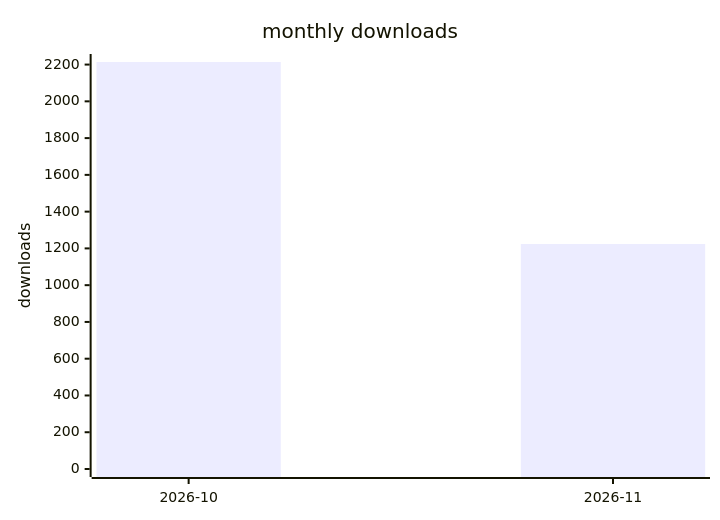
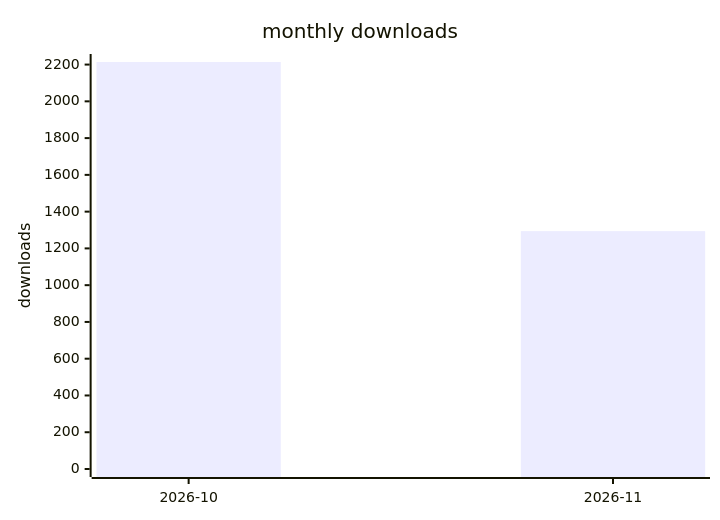
One commit to terry2010/dsh-rss-news-daily changed the second of 2 diagrams in docs/downloads-2026.md. Above: the diagram before and after it, drawn with Mermaid. The commit also changed other lines of this file and 1 other file, not shown here.

````diff
--- a/docs/downloads-2026.md
+++ b/docs/downloads-2026.md
@@ -29,7 +29,7 @@
 ```mermaid
 xychart-beta
     title "monthly downloads"
     x-axis ["2026-10", "2026-11"]
     y-axis "downloads" 0 --> 2214
-    bar [2214, 1224]
+    bar [2214, 1294]
 ```
````
